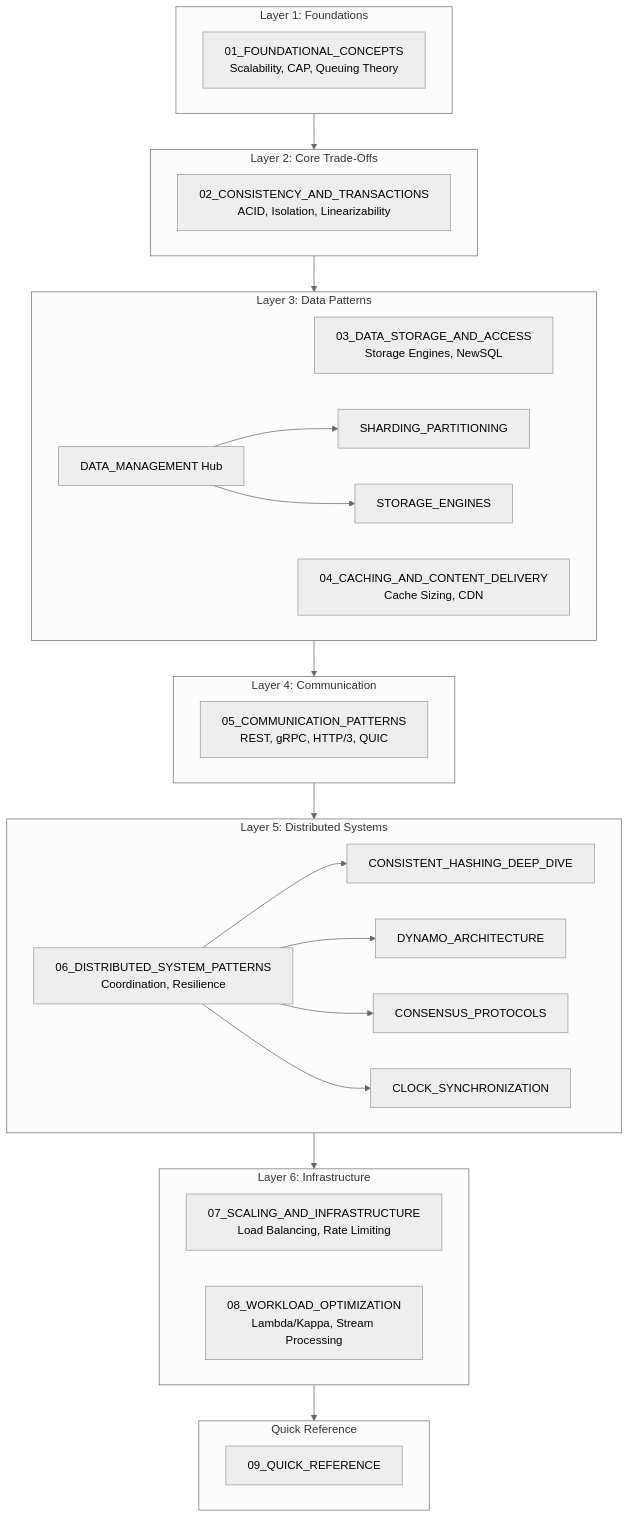
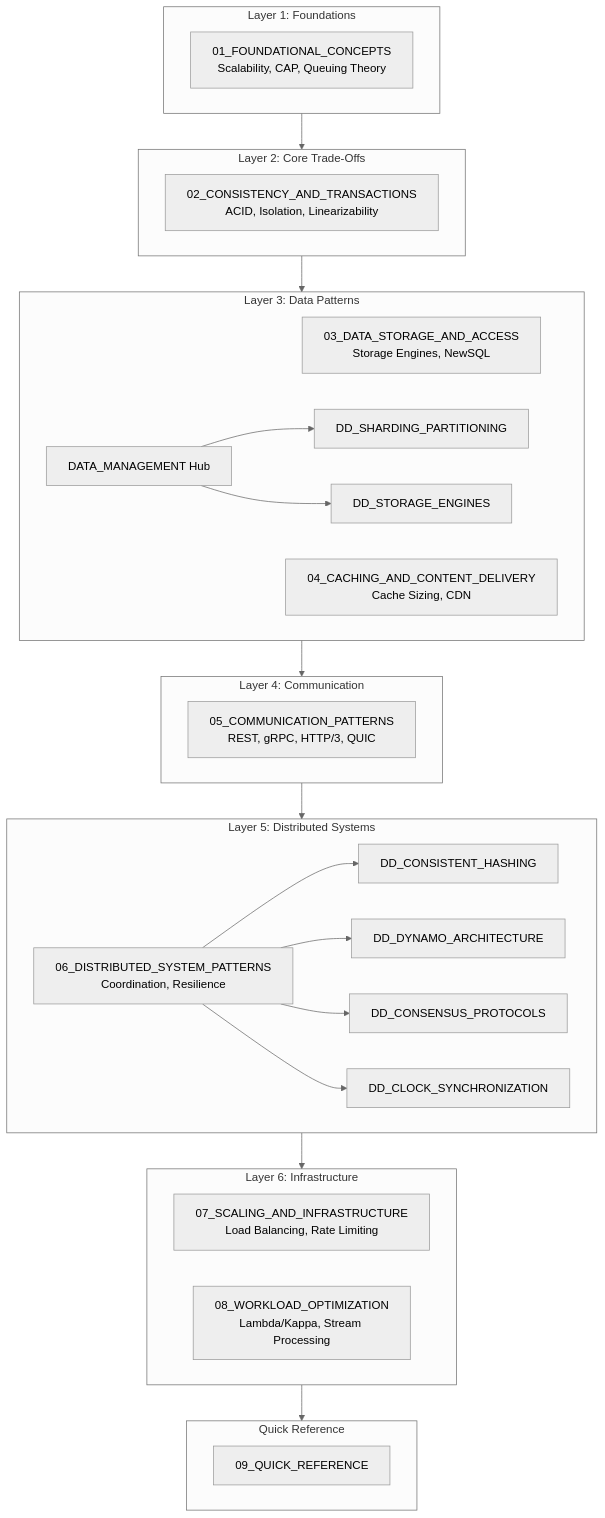
One commit to ae-lexs/system_design changed the second of 7 diagrams in README.md. Above: the diagram before and after it, drawn with Mermaid (neutral theme). The commit also changed other lines of this file and 12 other files, not shown here.

Commit message:
Add DD_* prefix for Deep Dive documents

````diff
--- a/README.md
+++ b/README.md
@@ -89,53 +89,53 @@
 ```mermaid
 graph TB
     subgraph Layer1["Layer 1: Foundations"]
         F1[01_FOUNDATIONAL_CONCEPTS<br/>Scalability, CAP, Queuing Theory]
     end
 
     subgraph Layer2["Layer 2: Core Trade-Offs"]
         C1[02_CONSISTENCY_AND_TRANSACTIONS<br/>ACID, Isolation, Linearizability]
     end
 
     subgraph Layer3["Layer 3: Data Patterns"]
         D1[03_DATA_STORAGE_AND_ACCESS<br/>Storage Engines, NewSQL]
         D2[DATA_MANAGEMENT Hub]
-        D3[SHARDING_PARTITIONING]
-        D4[STORAGE_ENGINES]
+        D3[DD_SHARDING_PARTITIONING]
+        D4[DD_STORAGE_ENGINES]
         D5[04_CACHING_AND_CONTENT_DELIVERY<br/>Cache Sizing, CDN]
     end
 
     subgraph Layer4["Layer 4: Communication"]
         M1[05_COMMUNICATION_PATTERNS<br/>REST, gRPC, HTTP/3, QUIC]
     end
 
     subgraph Layer5["Layer 5: Distributed Systems"]
         I1[06_DISTRIBUTED_SYSTEM_PATTERNS<br/>Coordination, Resilience]
-        I2[CONSISTENT_HASHING_DEEP_DIVE]
-        I3[DYNAMO_ARCHITECTURE]
-        I4[CONSENSUS_PROTOCOLS]
-        I5[CLOCK_SYNCHRONIZATION]
+        I2[DD_CONSISTENT_HASHING]
+        I3[DD_DYNAMO_ARCHITECTURE]
+        I4[DD_CONSENSUS_PROTOCOLS]
+        I5[DD_CLOCK_SYNCHRONIZATION]
     end
 
     subgraph Layer6["Layer 6: Infrastructure"]
         S1[07_SCALING_AND_INFRASTRUCTURE<br/>Load Balancing, Rate Limiting]
         S2[08_WORKLOAD_OPTIMIZATION<br/>Lambda/Kappa, Stream Processing]
     end
 
     subgraph Reference["Quick Reference"]
         R1[09_QUICK_REFERENCE]
     end
 
     Layer1 --> Layer2
     Layer2 --> Layer3
     Layer3 --> Layer4
     Layer4 --> Layer5
     Layer5 --> Layer6
     Layer6 --> Reference
 
     D2 --> D3
     D2 --> D4
     I1 --> I2
     I1 --> I3
     I1 --> I4
     I1 --> I5
 ```
````
